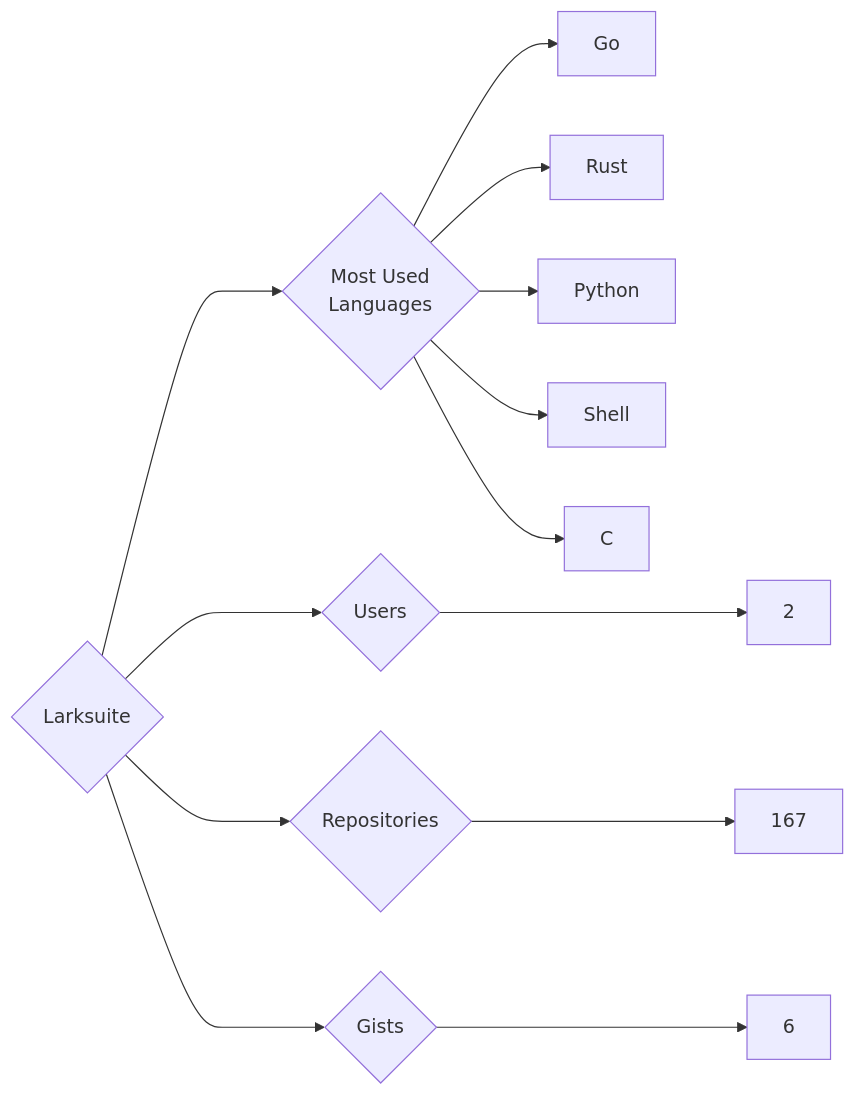
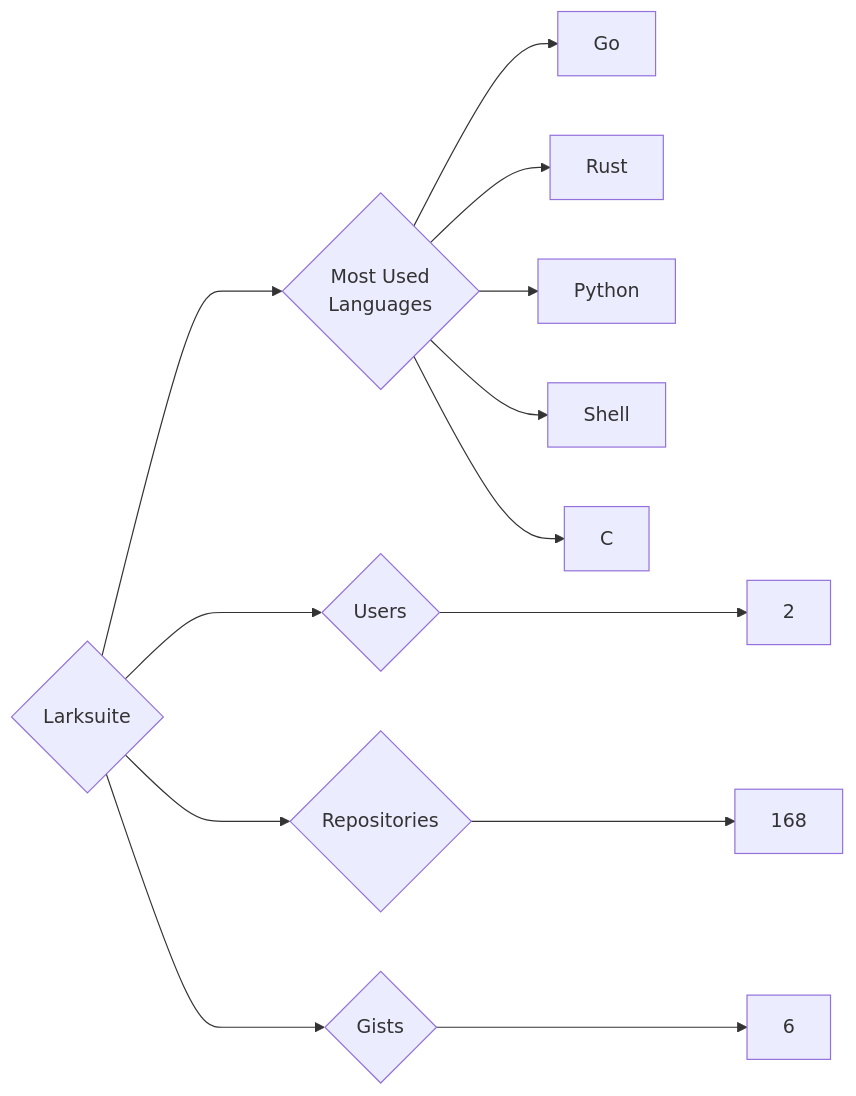
The diagram in targets/Larksuite/README.md (trickest/insiders), drawn with Mermaid before and after one commit. The commit also changed 773 other files, not shown here.

````diff
--- a/targets/Larksuite/README.md
+++ b/targets/Larksuite/README.md
@@ -3,13 +3,13 @@
 ```mermaid
 graph LR
 COMPANY_NAME{Larksuite}
 COMPANY_NAME ---> U{Users} ---> UN[2]
-COMPANY_NAME ---> R{Repositories} ---> RN[167]
+COMPANY_NAME ---> R{Repositories} ---> RN[168]
 COMPANY_NAME ---> G{Gists} ---> GN[6]
 COMPANY_NAME ---> ML{Most Used<br>Languages}
 ML --> Go[Go]
 ML --> Rust[Rust]
 ML --> Python[Python]
 ML --> Shell[Shell]
 ML --> C[C]
 ```
````
